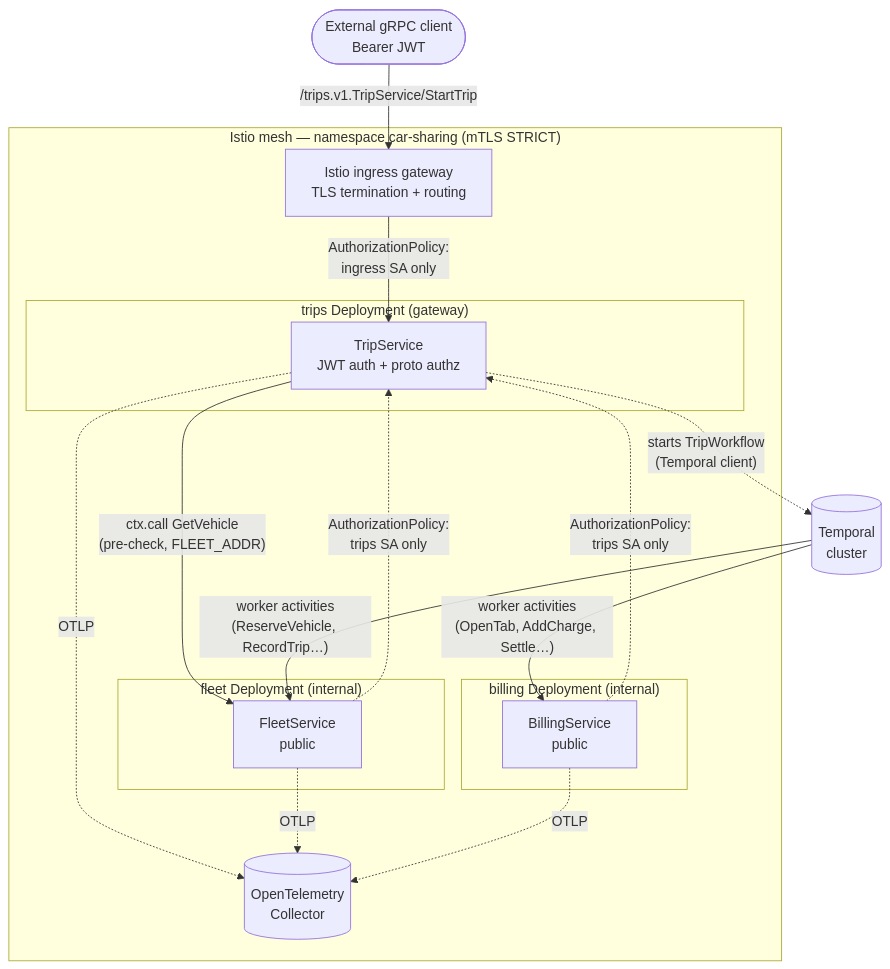
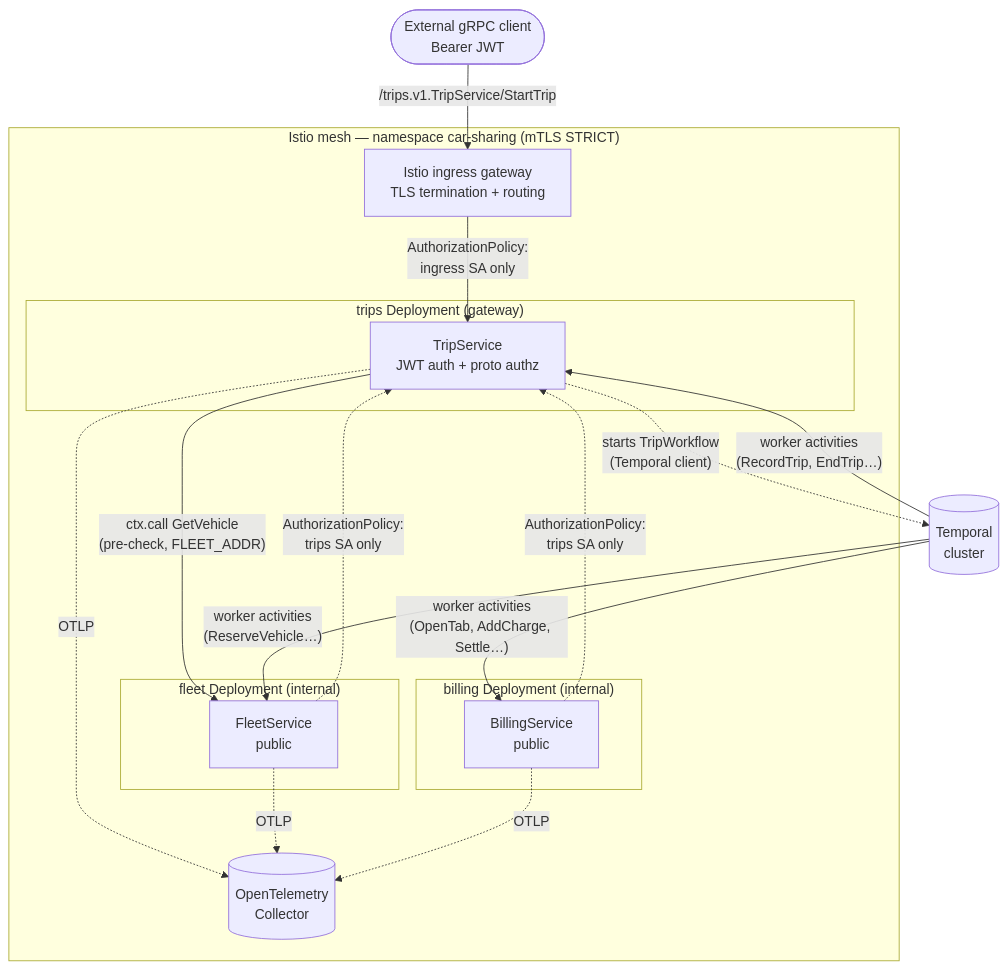
Before and after one commit to Connectum-Framework/examples: the diagram in car-sharing/README.md, drawn with Mermaid. The commit also changed other lines of this file and 12 other files, not shown here.

````diff
--- a/car-sharing/README.md
+++ b/car-sharing/README.md
@@ -41,34 +41,35 @@
 ```mermaid
 flowchart TB
     client([External gRPC client<br/>Bearer JWT])
 
     subgraph mesh["Istio mesh — namespace car-sharing (mTLS STRICT)"]
         ingress[Istio ingress gateway<br/>TLS termination + routing]
 
         subgraph trips["trips Deployment (gateway)"]
             tripsApp[TripService<br/>JWT auth + proto authz]
         end
         subgraph fleet["fleet Deployment (internal)"]
             fleetApp[FleetService<br/>public]
         end
         subgraph billing["billing Deployment (internal)"]
             billingApp[BillingService<br/>public]
         end
 
         otel[(OpenTelemetry<br/>Collector)]
     end
 
     client -->|"/trips.v1.TripService/StartTrip"| ingress
     ingress -->|"AuthorizationPolicy:<br/>ingress SA only"| tripsApp
     tripsApp -->|"ctx.call GetVehicle<br/>(pre-check, FLEET_ADDR)"| fleetApp
     tripsApp -.->|"starts TripWorkflow<br/>(Temporal client)"| temporal[(Temporal<br/>cluster)]
-    temporal -->|"worker activities<br/>(ReserveVehicle, RecordTrip…)"| fleetApp
+    temporal -->|"worker activities<br/>(ReserveVehicle…)"| fleetApp
+    temporal -->|"worker activities<br/>(RecordTrip, EndTrip…)"| tripsApp
     temporal -->|"worker activities<br/>(OpenTab, AddCharge, Settle…)"| billingApp
 
     fleetApp -. "AuthorizationPolicy:<br/>trips SA only" .-> tripsApp
     billingApp -. "AuthorizationPolicy:<br/>trips SA only" .-> tripsApp
 
     tripsApp -.->|OTLP| otel
     fleetApp -.->|OTLP| otel
     billingApp -.->|OTLP| otel
 ```
````
